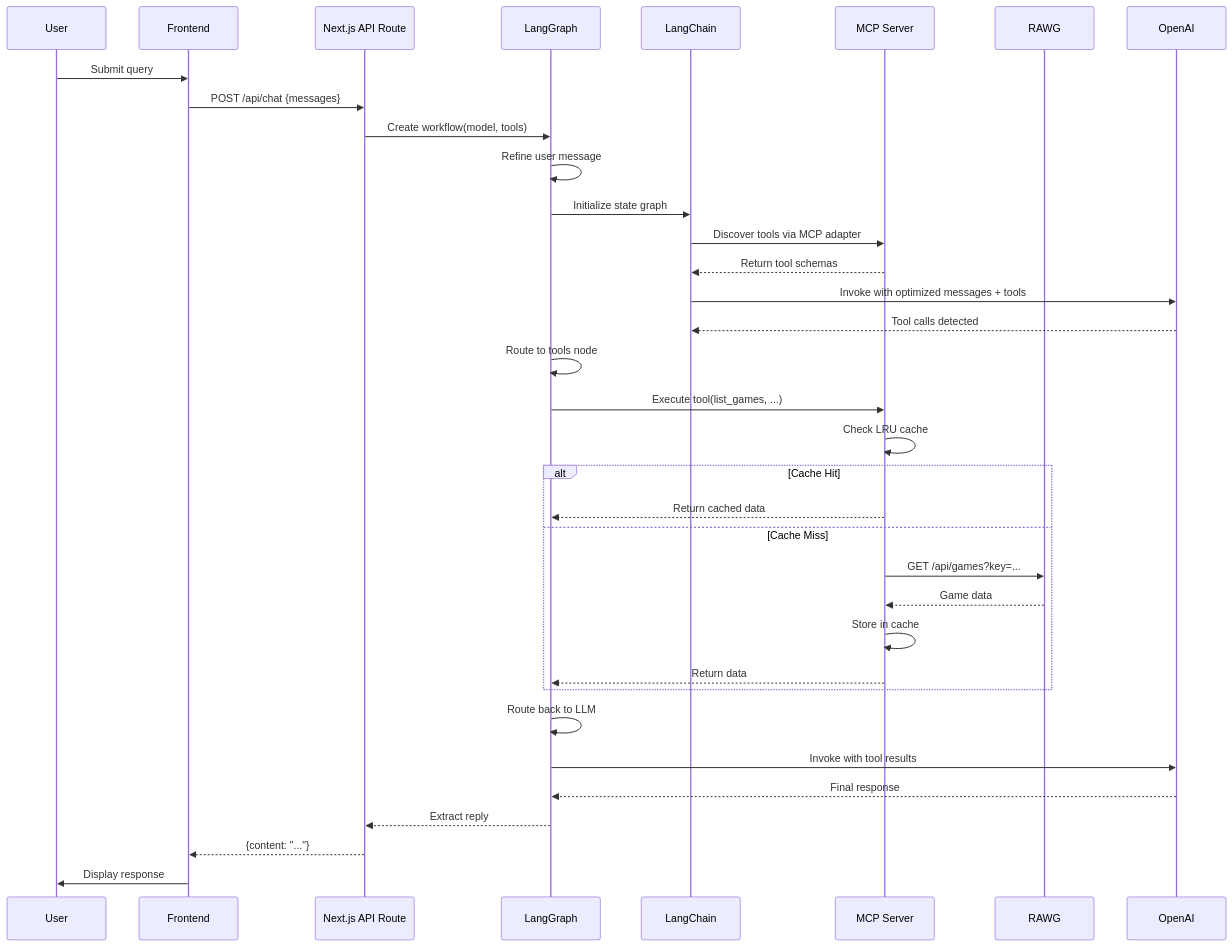
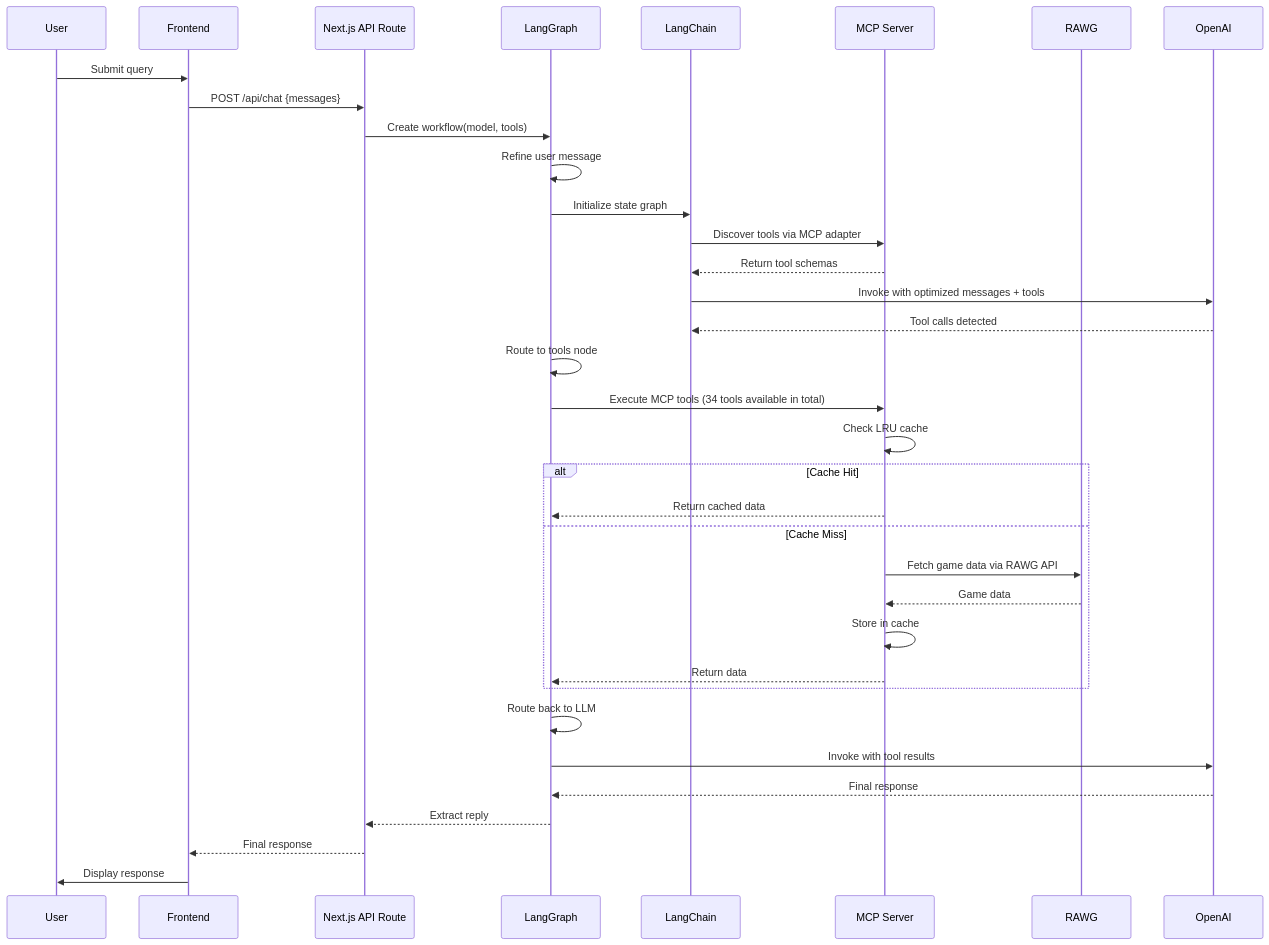
The second of 2 diagrams in README.md (ShawnZong/amazing-game-analytics-ai-chatbot), drawn with Mermaid before and after one commit. The commit also changed other lines of this file, not shown here.

Commit message:
docs: remove business impact from key decisions section

````diff
--- a/README.md
+++ b/README.md
@@ -125,38 +125,38 @@
 ```mermaid
 sequenceDiagram
     participant User
     participant Frontend
     participant API as Next.js API Route
     participant LangGraph
     participant LangChain
     participant MCP as MCP Server
     participant RAWG
     participant LLM as OpenAI
 
     User->>Frontend: Submit query
     Frontend->>API: POST /api/chat {messages}
     API->>LangGraph: Create workflow(model, tools)
     LangGraph->>LangGraph: Refine user message
     LangGraph->>LangChain: Initialize state graph
     LangChain->>MCP: Discover tools via MCP adapter
     MCP-->>LangChain: Return tool schemas
     LangChain->>LLM: Invoke with optimized messages + tools
     LLM-->>LangChain: Tool calls detected
     LangGraph->>LangGraph: Route to tools node
-    LangGraph->>MCP: Execute tool(list_games, ...)
+    LangGraph->>MCP: Execute MCP tools (34 tools available in total)
     MCP->>MCP: Check LRU cache
     alt Cache Hit
         MCP-->>LangGraph: Return cached data
     else Cache Miss
-        MCP->>RAWG: GET /api/games?key=...
+        MCP->>RAWG: Fetch game data via RAWG API
         RAWG-->>MCP: Game data
         MCP->>MCP: Store in cache
         MCP-->>LangGraph: Return data
     end
     LangGraph->>LangGraph: Route back to LLM
     LangGraph->>LLM: Invoke with tool results
     LLM-->>LangGraph: Final response
     LangGraph-->>API: Extract reply
-    API-->>Frontend: {content: "..."}
+    API-->>Frontend: Final response
     Frontend->>User: Display response
 ```
````
